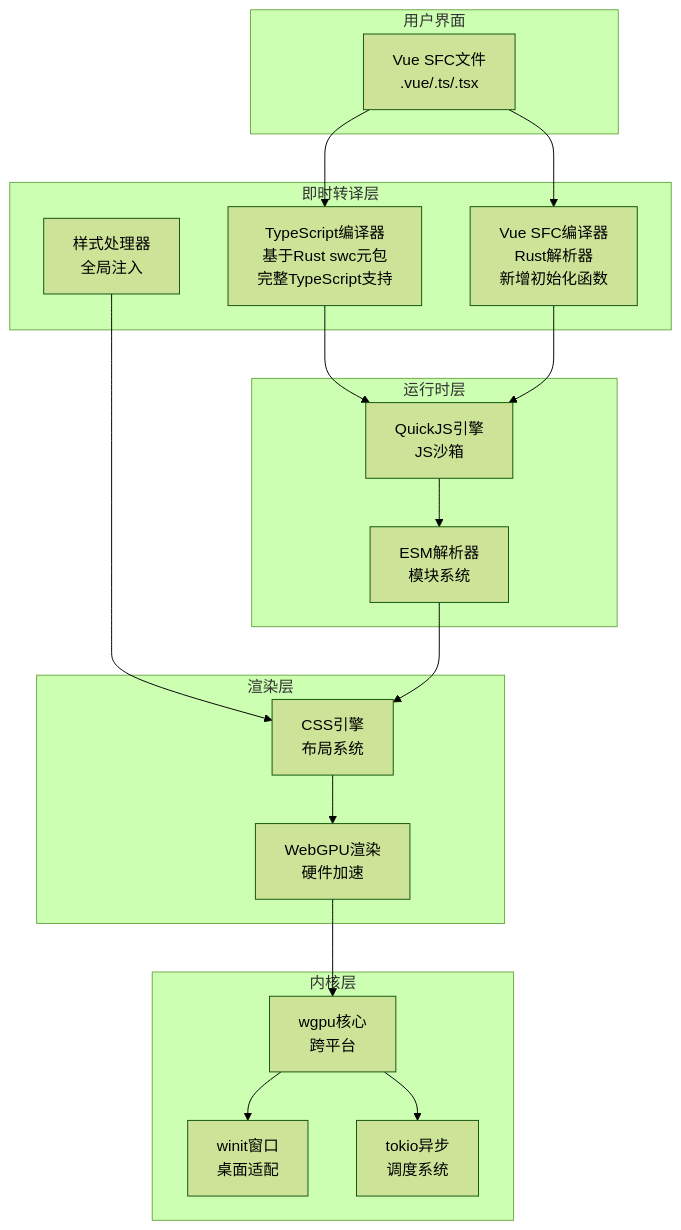
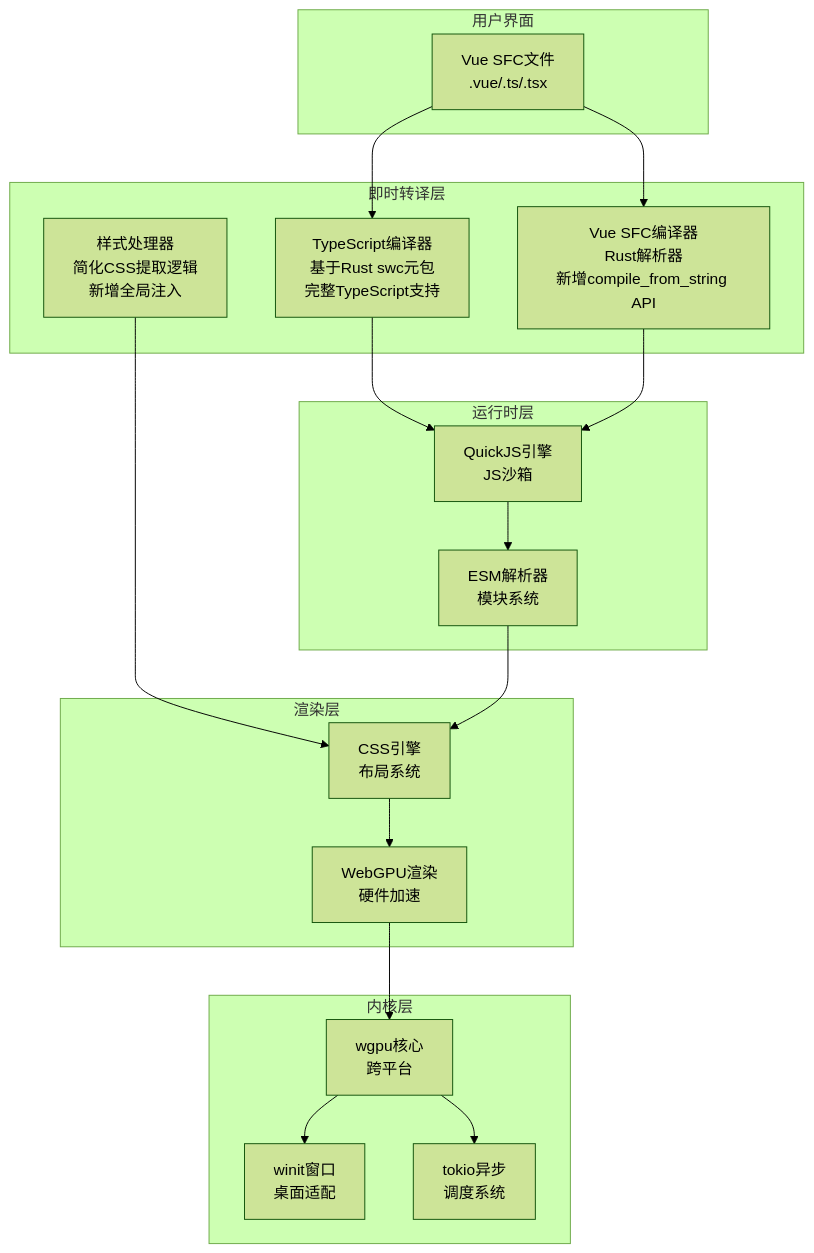
Before and after one commit to itszzl-sudo/iris: the second of 7 diagrams in .qoder/repowiki/zh/content/技术架构详解/即时转译系统/即时转译系统.md, drawn with Mermaid (forest theme). The commit also changed other lines of this file and 34 other files, not shown here.

````diff
--- a/.qoder/repowiki/zh/content/技术架构详解/即时转译系统/即时转译系统.md
+++ b/.qoder/repowiki/zh/content/技术架构详解/即时转译系统/即时转译系统.md
@@ -139,35 +147,35 @@
 ```mermaid
 graph TD
 subgraph "用户界面"
 UI[Vue SFC文件<br/>.vue/.ts/.tsx]
 end
 subgraph "即时转译层"
 TSC[TypeScript编译器<br/>基于Rust swc元包<br/>完整TypeScript支持]
-SFCC[Vue SFC编译器<br/>Rust解析器<br/>新增初始化函数]
-Style[样式处理器<br/>全局注入]
+SFCC[Vue SFC编译器<br/>Rust解析器<br/>新增compile_from_string API]
+Style[样式处理器<br/>简化CSS提取逻辑<br/>新增全局注入]
 end
 subgraph "运行时层"
 QJS[QuickJS引擎<br/>JS沙箱]
 ESM[ESM解析器<br/>模块系统]
 end
 subgraph "渲染层"
 GPU[WebGPU渲染<br/>硬件加速]
 CSS[CSS引擎<br/>布局系统]
 end
 subgraph "内核层"
 WGPU[wgpu核心<br/>跨平台]
 Winit[winit窗口<br/>桌面适配]
 Tokio[tokio异步<br/>调度系统]
 end
 UI --> TSC
 UI --> SFCC
 TSC --> QJS
 SFCC --> QJS
 Style --> CSS
 QJS --> ESM
 ESM --> CSS
 CSS --> GPU
 GPU --> WGPU
 WGPU --> Winit
 WGPU --> Tokio
 ```
````
